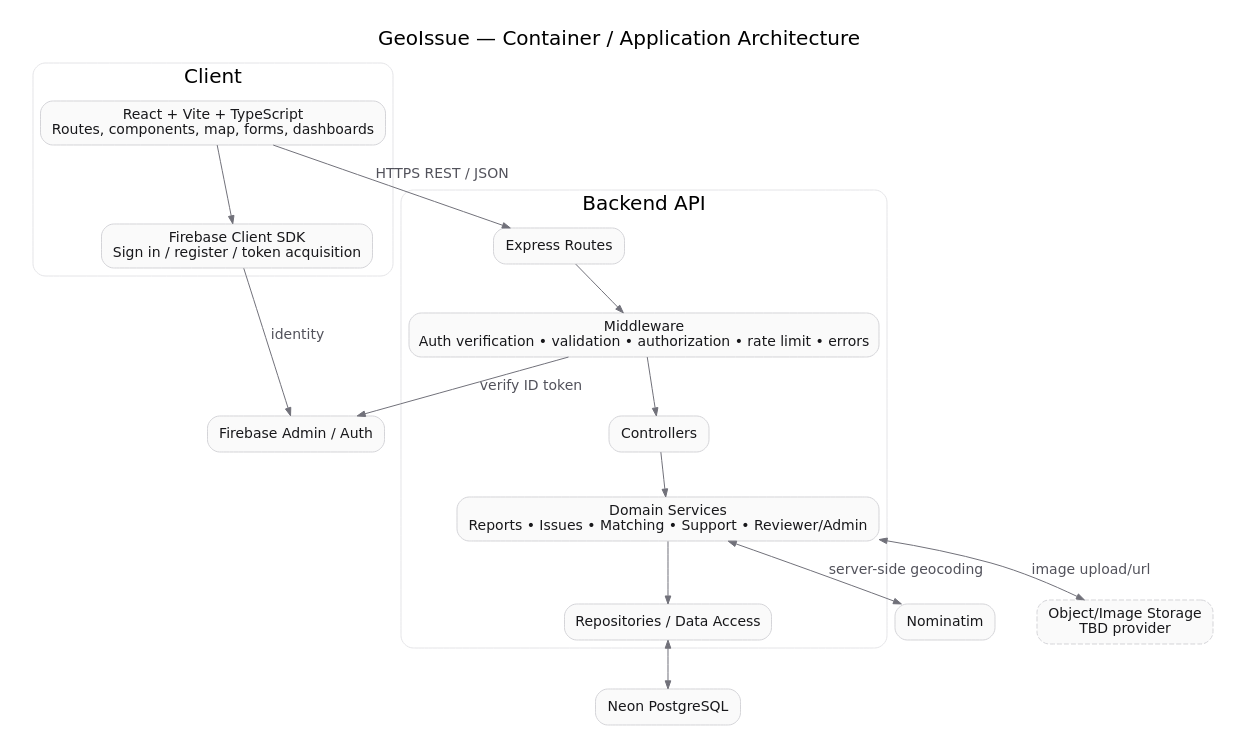
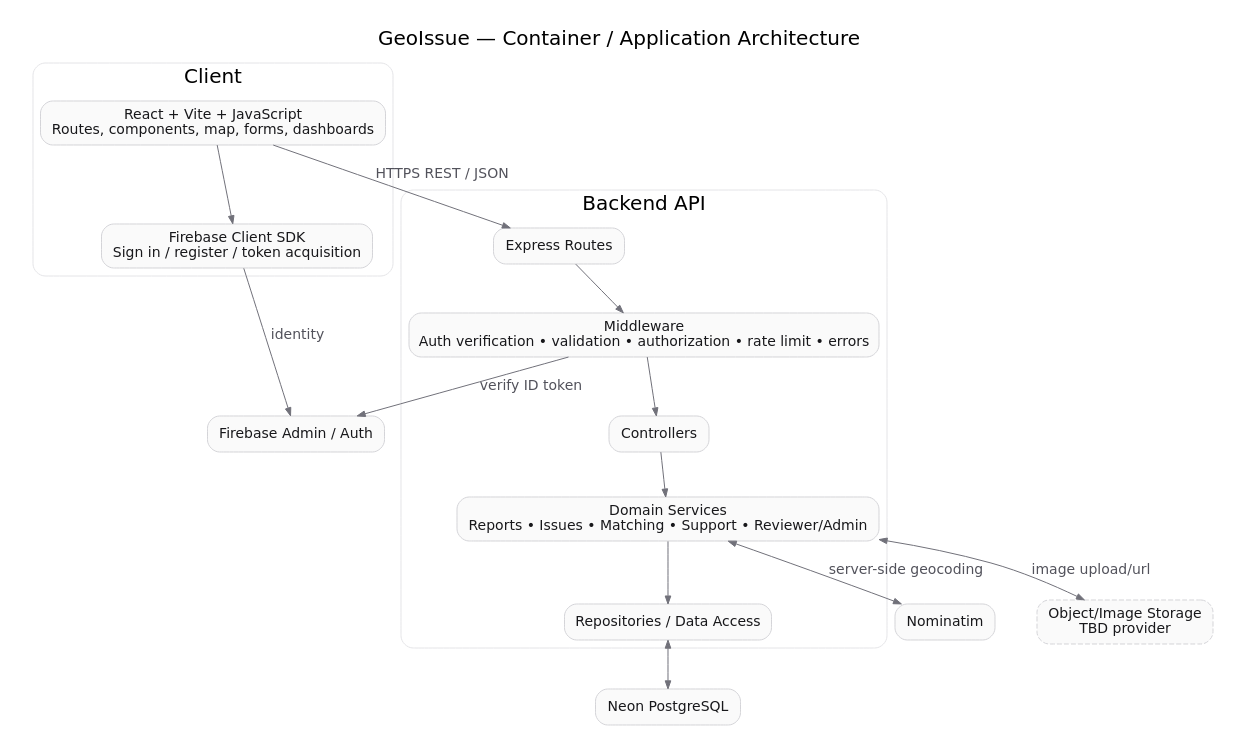
The diagram in docs/reference/diagrams/02_Container_Architecture.dot (ff7hpp/GeoIssue), drawn with Graphviz before and after one commit. The commit also changed 127 other files, not shown here.

Commit message:
refactor(server): migrate TypeScript to JavaScript

```diff
--- a/docs/reference/diagrams/02_Container_Architecture.dot
+++ b/docs/reference/diagrams/02_Container_Architecture.dot
@@ -1,36 +1,36 @@
 digraph G {
 
     graph [fontname="DejaVu Sans", bgcolor="white", pad="0.25", nodesep="0.45", ranksep="0.60"];
     node  [fontname="DejaVu Sans", shape=box, style="rounded,filled", fillcolor="#FAFAFA", color="#D4D4D8", fontcolor="#18181B", margin="0.16,0.10"];
     edge  [fontname="DejaVu Sans", color="#71717A", fontcolor="#52525B", arrowsize="0.8"];
 
 rankdir=TB; labelloc="t"; label="GeoIssue — Container / Application Architecture"; fontsize=20;
 subgraph cluster_client { label="Client"; color="#E4E4E7"; style="rounded";
-  ui [label="React + Vite + TypeScript
+  ui [label="React + Vite + JavaScript
 Routes, components, map, forms, dashboards"];
   authsdk [label="Firebase Client SDK
 Sign in / register / token acquisition"];
 }
 subgraph cluster_api { label="Backend API"; color="#E4E4E7"; style="rounded";
   routes [label="Express Routes"];
   middleware [label="Middleware
 Auth verification • validation • authorization • rate limit • errors"];
   controllers [label="Controllers"];
   services [label="Domain Services
 Reports • Issues • Matching • Support • Reviewer/Admin"];
   repos [label="Repositories / Data Access"];
   routes -> middleware -> controllers -> services -> repos;
 }
 firebase [label="Firebase Admin / Auth"];
 neon [label="Neon PostgreSQL"];
 nominatim [label="Nominatim"];
 storage [label="Object/Image Storage
 TBD provider", style="rounded,dashed,filled"];
 ui -> routes [label="HTTPS REST / JSON"];
 ui -> authsdk;
 authsdk -> firebase [label="identity"];
 middleware -> firebase [label="verify ID token"];
 repos -> neon [dir=both];
 services -> nominatim [dir=both, label="server-side geocoding"];
 services -> storage [dir=both, label="image upload/url"];
 }
```
